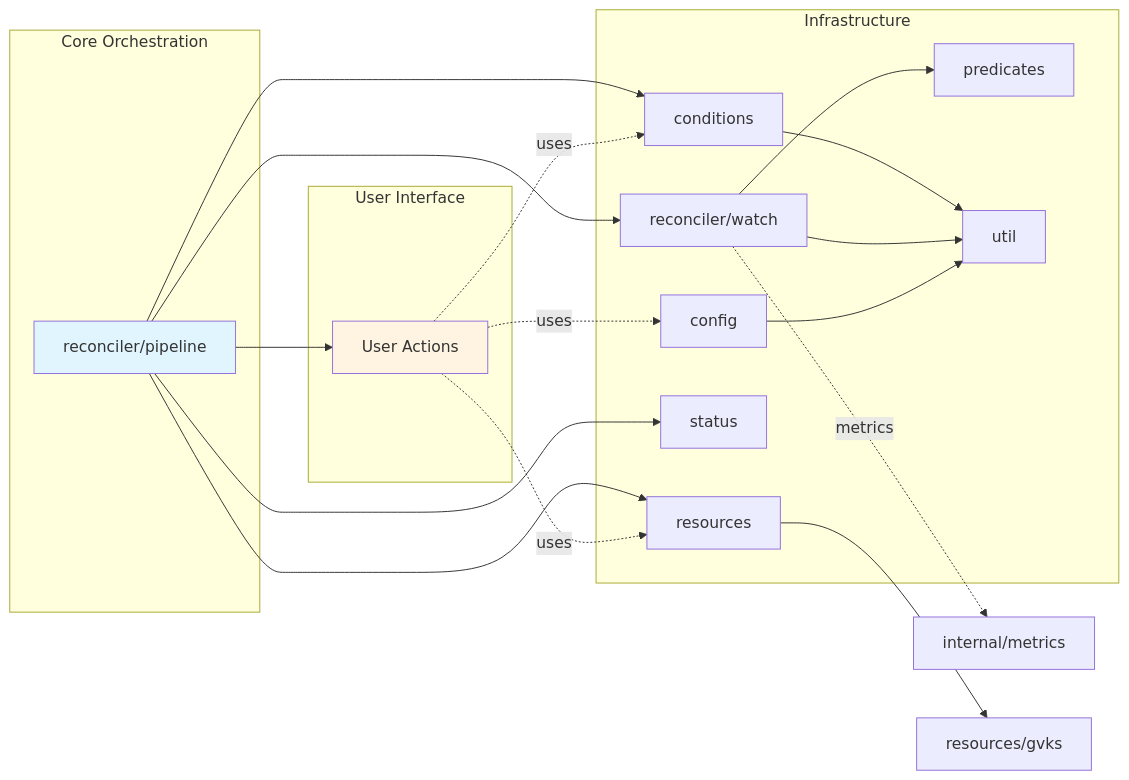
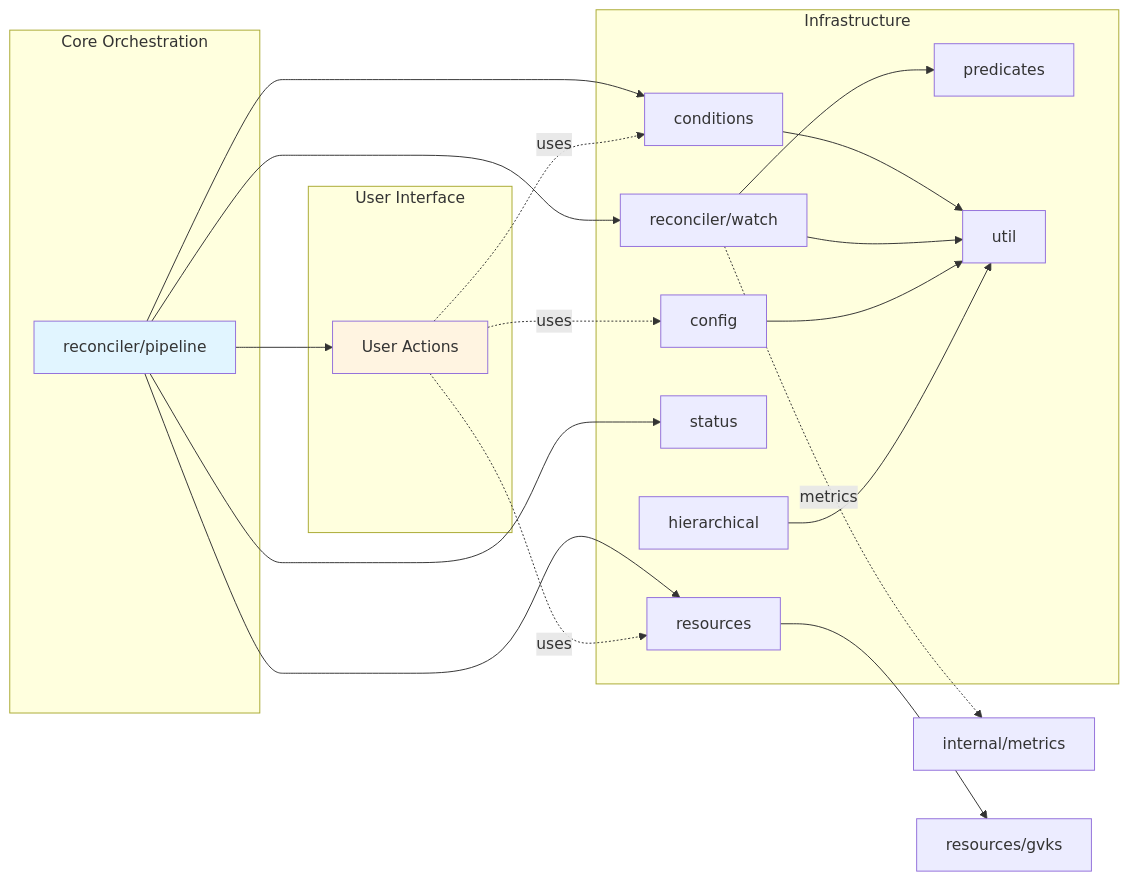
One commit to lburgazzoli/k8s-controller-lib changed the third of 5 diagrams in docs/architecture.md. Above: the diagram before and after it, drawn with Mermaid. The commit also changed other lines of this file and 11 other files, not shown here.

````diff
--- a/docs/architecture.md
+++ b/docs/architecture.md
@@ -111,41 +114,43 @@
 ```mermaid
 graph LR
     subgraph "Core Orchestration"
         Pipeline[reconciler/pipeline]
     end
 
     subgraph "User Interface"
         Actions[User Actions]
     end
 
     subgraph "Infrastructure"
         Watch[reconciler/watch]
         Resources[resources]
         Conditions[conditions]
         Status[status]
         Predicates[predicates]
         Config[config]
         Util[util]
+        Hierarchical[hierarchical]
     end
 
     Pipeline --> Watch
     Pipeline --> Resources
     Pipeline --> Conditions
     Pipeline --> Status
     Pipeline --> Actions
 
     Watch --> Predicates
     Watch -.->|metrics| Metrics[internal/metrics]
 
     Conditions --> Util
     Watch --> Util
     Config --> Util
     Resources --> GVKs[resources/gvks]
+    Hierarchical --> Util
 
     Actions -.->|uses| Resources
     Actions -.->|uses| Conditions
     Actions -.->|uses| Config
 
     style Pipeline fill:#e1f5ff
     style Actions fill:#fff4e1
 ```
````
